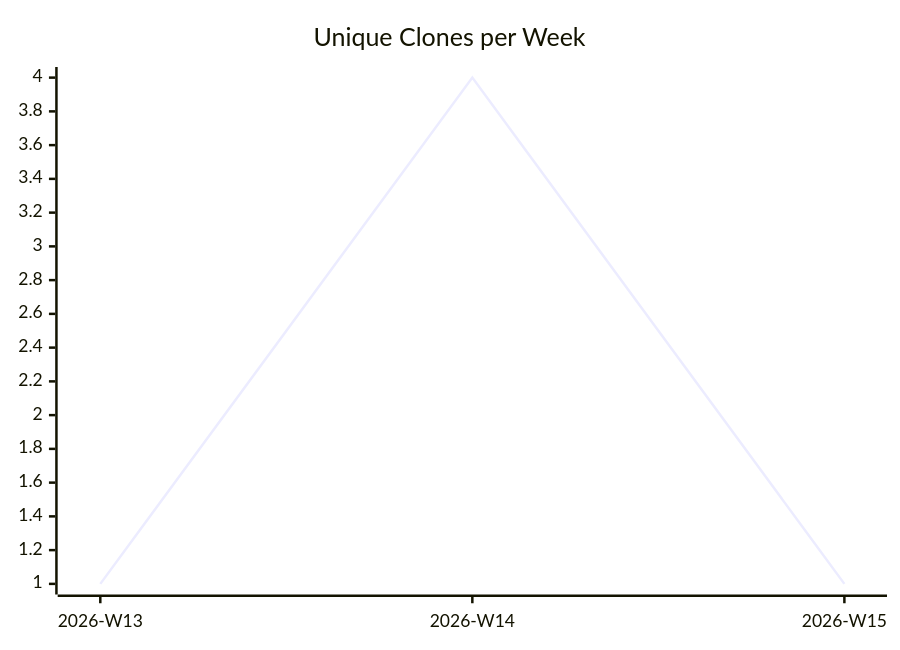
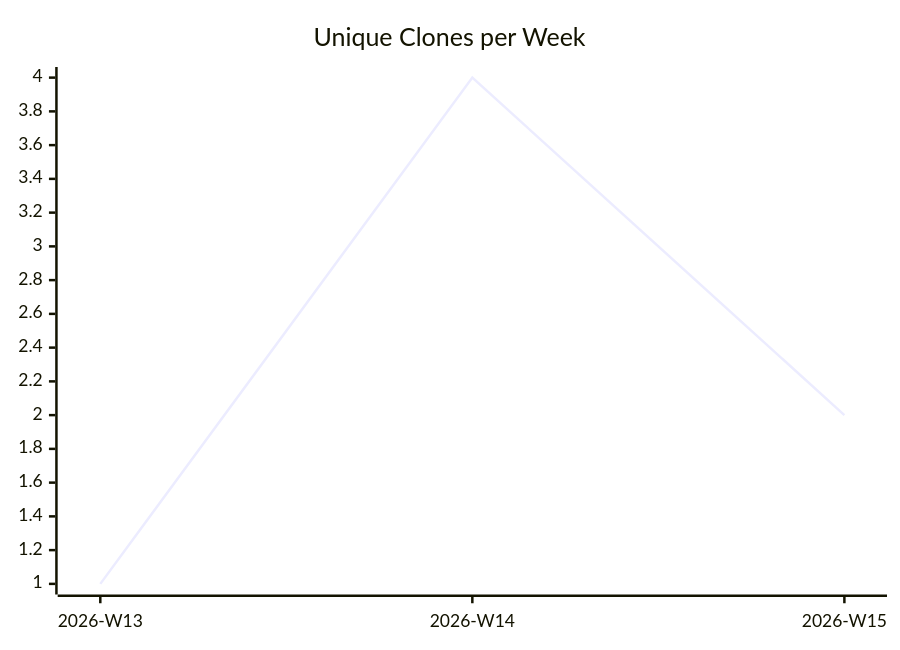
The third of 3 diagrams in karlmdavis/justdavis-puppet/README.md (justdavis-family/github-analytics-data), drawn with Mermaid before and after one commit. The commit also changed other lines of this file and 191 other files, not shown here.

````diff
--- a/karlmdavis/justdavis-puppet/README.md
+++ b/karlmdavis/justdavis-puppet/README.md
@@ -19,6 +19,6 @@
 ```mermaid
 xychart-beta
   title "Unique Clones per Week"
   x-axis ["2026-W13", "2026-W14", "2026-W15"]
-  line [1, 4, 1]
+  line [1, 4, 2]
 ```
````
